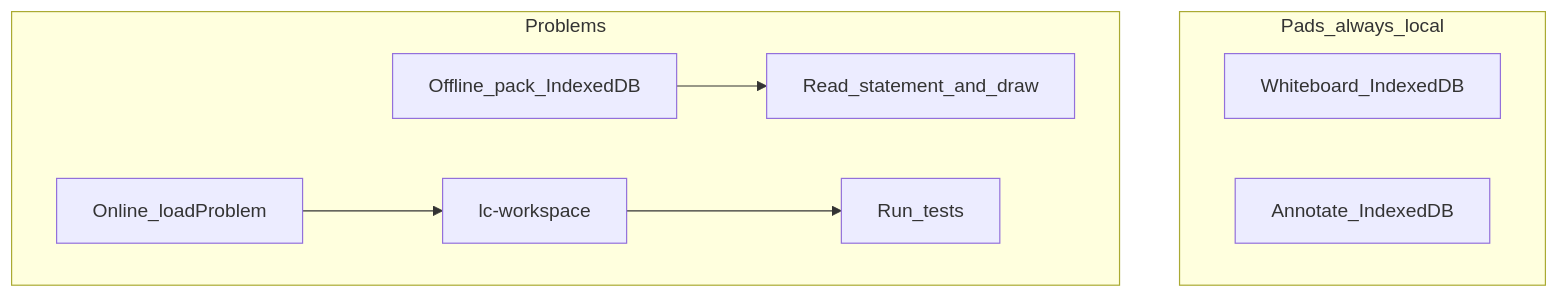
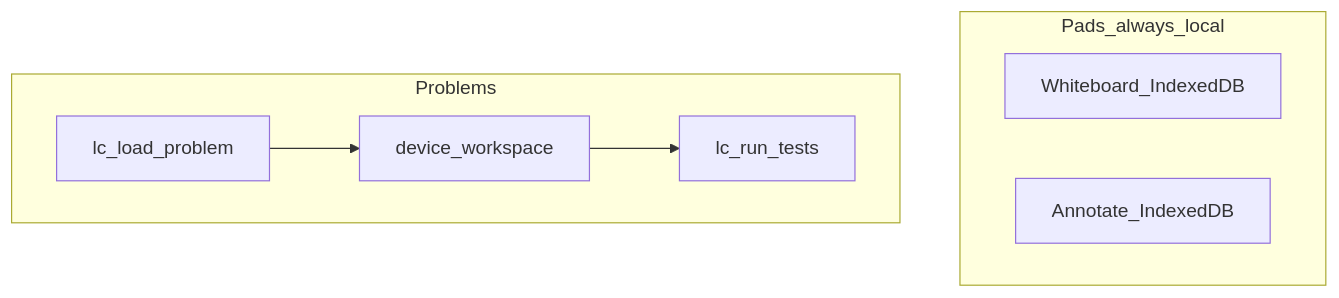
Before and after one commit to amittenak47/lc-gui-tui: the second of 2 diagrams in README.md, drawn with Mermaid. The commit also changed other lines of this file and 13 other files, not shown here.

First line of the commit message:
feat(gui): drop IndexedDB statement pack

````diff
--- a/README.md
+++ b/README.md
@@ -192,14 +192,12 @@
 ```mermaid
 flowchart TD
   subgraph pads [Pads_always_local]
     WB[Whiteboard_IndexedDB]
     AN[Annotate_IndexedDB]
   end
   subgraph problems [Problems]
-    Online[Online_loadProblem]
-    Offline[Offline_pack_IndexedDB]
-    Online --> Workspace[lc-workspace]
-    Offline --> ReadOnly[Read_statement_and_draw]
-    Workspace --> Tests[Run_tests]
+    Load[lc_load_problem]
+    Load --> Workspace[device_workspace]
+    Workspace --> Tests[lc_run_tests]
   end
 ```
````
